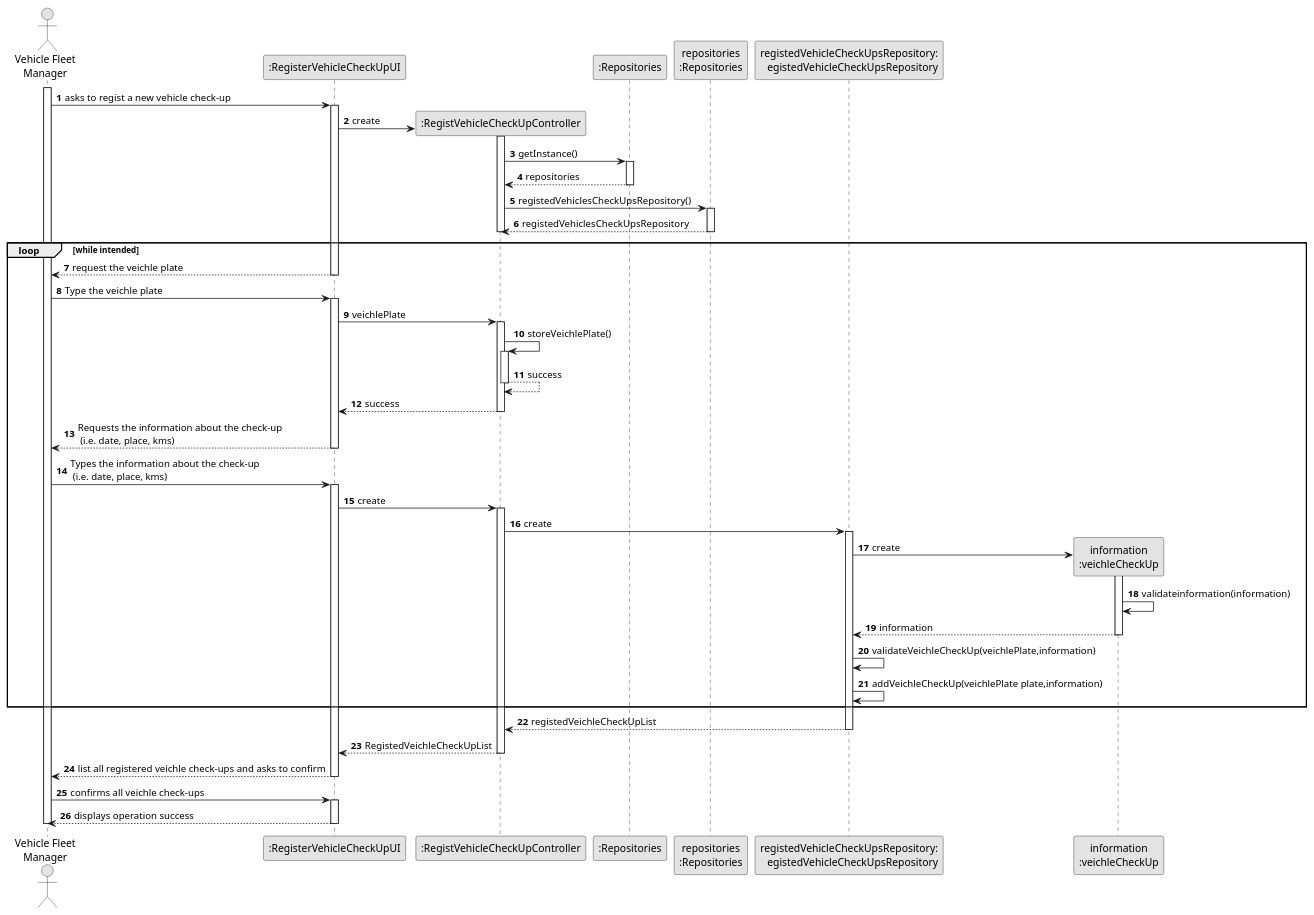
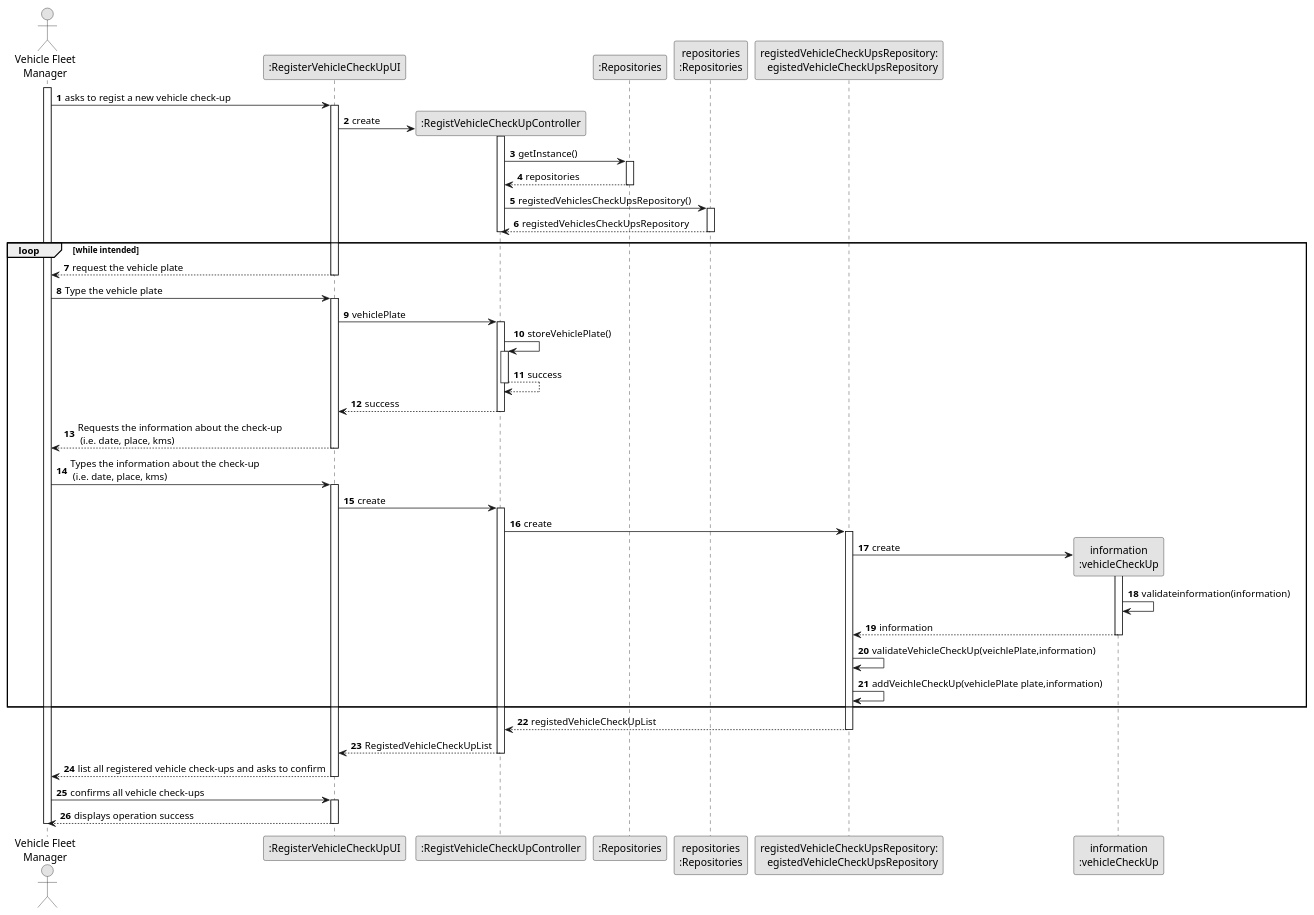
One commit to 1231360-ISEP/lei-24-s2-1db-g021 changed the diagram in docs/sprint2/us007/03.design/puml/us007-sequence-diagram-full.puml. Above: the diagram before and after it, drawn with PlantUML. The commit also changed 2 other files, not shown here.

```diff
--- a/docs/sprint2/us007/03.design/puml/us007-sequence-diagram-full.puml
+++ b/docs/sprint2/us007/03.design/puml/us007-sequence-diagram-full.puml
@@ -1,98 +1,98 @@
 @startuml
 skinparam monochrome true
 skinparam packageStyle rectangle
 skinparam shadowing false
 
 autonumber
 
 'hide footbox
 actor "Vehicle Fleet\nManager" as VFM
 participant ":RegisterVehicleCheckUpUI" as UI
 participant ":RegistVehicleCheckUpController" as CTRL
 participant ":Repositories" as RepositorySingleton
 participant "repositories\n:Repositories" as PLAT
 participant "registedVehicleCheckUpsRepository:\registedVehicleCheckUpsRepository" as registedVehicleCheckUpsRepository
-participant "information\n:veichleCheckUp" as Data
+participant "information\n:vehicleCheckUp" as Data
 
 activate VFM
 
         VFM -> UI : asks to regist a new vehicle check-up
 
         activate UI
 
 '            UI --> ADM : requests data (reference, description,  informal \n description, technical description, duration, cost)
             'create CTRL
             UI -> CTRL** : create
             activate CTRL
 
                 CTRL -> RepositorySingleton : getInstance()
                 activate RepositorySingleton
 
                     RepositorySingleton --> CTRL: repositories
                 deactivate RepositorySingleton
 
                 CTRL -> PLAT : registedVehiclesCheckUpsRepository()
 
                 activate PLAT
                     PLAT --> CTRL: registedVehiclesCheckUpsRepository
                 deactivate PLAT
             deactivate CTRL
         loop while intended
-            UI --> VFM : request the veichle plate
+            UI --> VFM : request the vehicle plate
         deactivate UI
 
-    VFM -> UI : Type the veichle plate
+    VFM -> UI : Type the vehicle plate
     activate UI
 
-            UI -> CTRL : veichlePlate
+            UI -> CTRL : vehiclePlate
                 activate CTRL
-                CTRL -> CTRL : storeVeichlePlate()
+                CTRL -> CTRL : storeVehiclePlate()
 
                 activate CTRL
                     CTRL --> CTRL : success
                 deactivate CTRL
 
                 CTRL --> UI : success
             deactivate CTRL
 
             UI --> VFM : Requests the information about the check-up\n (i.e. date, place, kms)
         deactivate UI
 
     VFM -> UI : Types the information about the check-up\n (i.e. date, place, kms)
     activate UI
         UI -> CTRL: create
 
         activate CTRL
             CTRL -> registedVehicleCheckUpsRepository : create
 
             activate registedVehicleCheckUpsRepository
             registedVehicleCheckUpsRepository -> Data**: create
         activate Data
 
         Data -> Data: validateinformation(information)
 
         Data --> registedVehicleCheckUpsRepository : information
                     deactivate Data
-                                registedVehicleCheckUpsRepository -> registedVehicleCheckUpsRepository: validateVeichleCheckUp(veichlePlate,information)
-                registedVehicleCheckUpsRepository -> registedVehicleCheckUpsRepository: addVeichleCheckUp(veichlePlate plate,information)
+                                registedVehicleCheckUpsRepository -> registedVehicleCheckUpsRepository: validateVehicleCheckUp(veichlePlate,information)
+                registedVehicleCheckUpsRepository -> registedVehicleCheckUpsRepository: addVeichleCheckUp(vehiclePlate plate,information)
         end
-                registedVehicleCheckUpsRepository --> CTRL : registedVeichleCheckUpList
+                registedVehicleCheckUpsRepository --> CTRL : registedVehicleCheckUpList
             deactivate registedVehicleCheckUpsRepository
 
-            CTRL --> UI : RegistedVeichleCheckUpList
+            CTRL --> UI : RegistedVehicleCheckUpList
 
         deactivate CTRL
 
-        UI --> VFM : list all registered veichle check-ups and asks to confirm
+        UI --> VFM : list all registered vehicle check-ups and asks to confirm
 
     deactivate UI
 
-    VFM -> UI : confirms all veichle check-ups
+    VFM -> UI : confirms all vehicle check-ups
 
     activate UI
     UI --> VFM : displays operation success
     deactivate UI
 
 deactivate VFM
 
 @enduml
```
